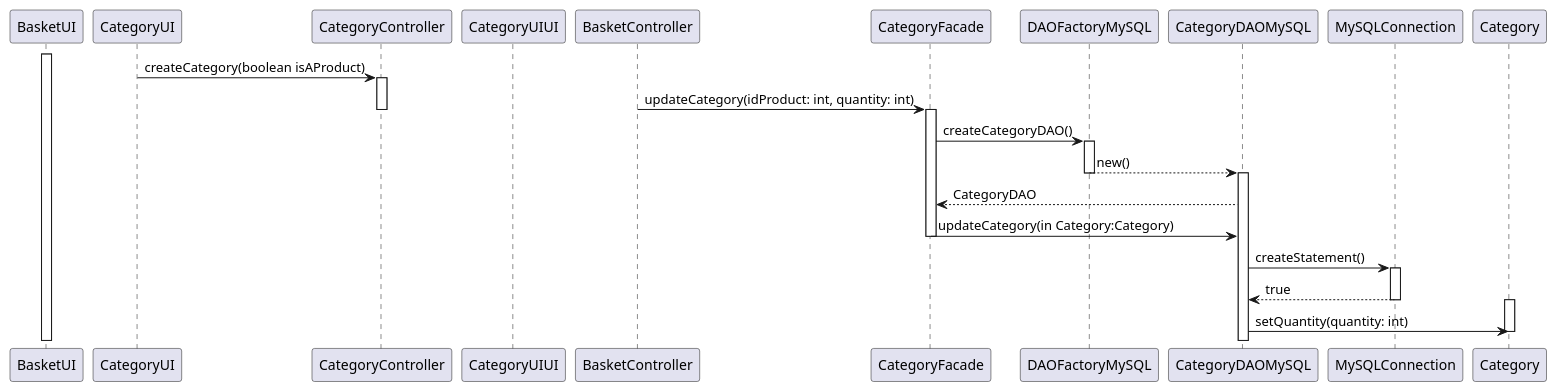
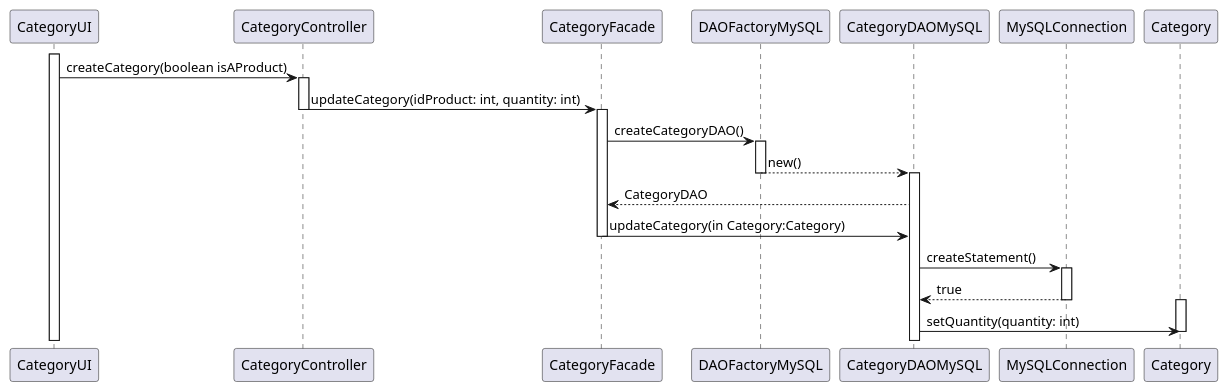
Before and after one commit to aymericCOUPRIE/Mercat: the diagram in Diagramms/CategorySequenceDiagram.puml, drawn with PlantUML.

Commit message:
CategorySequenceDiagram ajout

```diff
--- a/Diagramms/CategorySequenceDiagram.puml
+++ b/Diagramms/CategorySequenceDiagram.puml
@@ -1,25 +1,24 @@
 @startuml
-activate BasketUI
+activate CategoryUI
 CategoryUI -> CategoryController : createCategory(boolean isAProduct)
-deactivate CategoryUIUI
 activate CategoryController
-BasketController -> CategoryFacade : updateCategory(idProduct: int, quantity: int)
+CategoryController -> CategoryFacade : updateCategory(idProduct: int, quantity: int)
 deactivate CategoryController
 activate CategoryFacade
 CategoryFacade -> DAOFactoryMySQL : createCategoryDAO()
 activate DAOFactoryMySQL
 DAOFactoryMySQL --> CategoryDAOMySQL: new()
 deactivate DAOFactoryMySQL
 activate CategoryDAOMySQL
 CategoryDAOMySQL --> CategoryFacade: CategoryDAO
 CategoryFacade -> CategoryDAOMySQL : updateCategory(in Category:Category)
 deactivate CategoryFacade
 CategoryDAOMySQL -> MySQLConnection : createStatement()
 activate MySQLConnection
 MySQLConnection --> CategoryDAOMySQL: true
 deactivate MySQLConnection
 activate Category
 CategoryDAOMySQL -> Category : setQuantity(quantity: int)
 deactivate Category
 deactivate CategoryFacade
 @enduml
```
